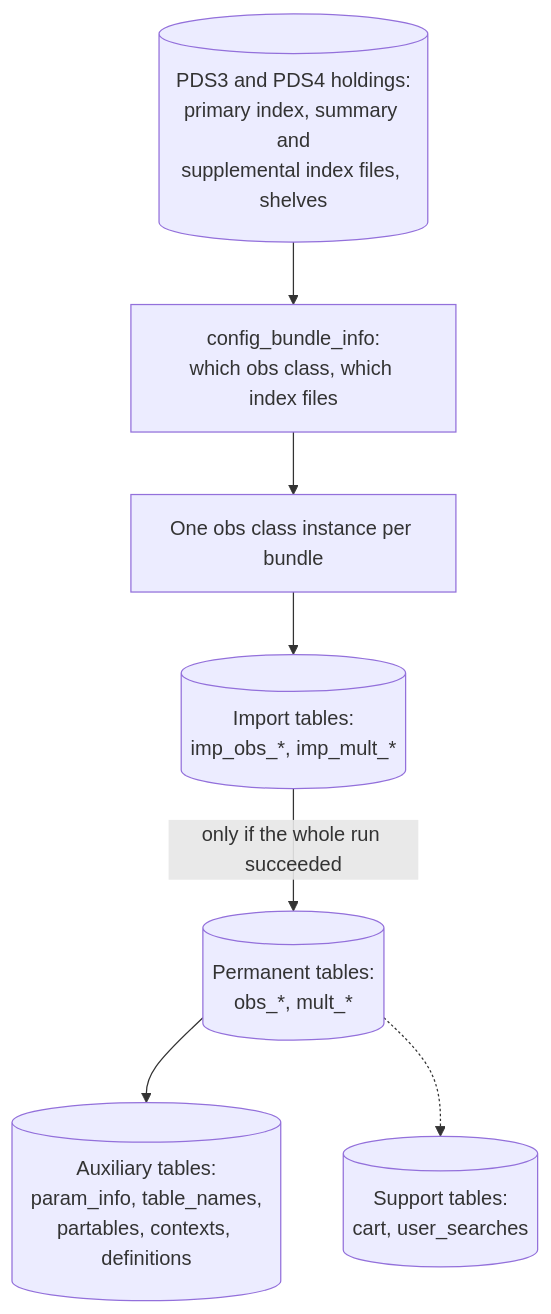
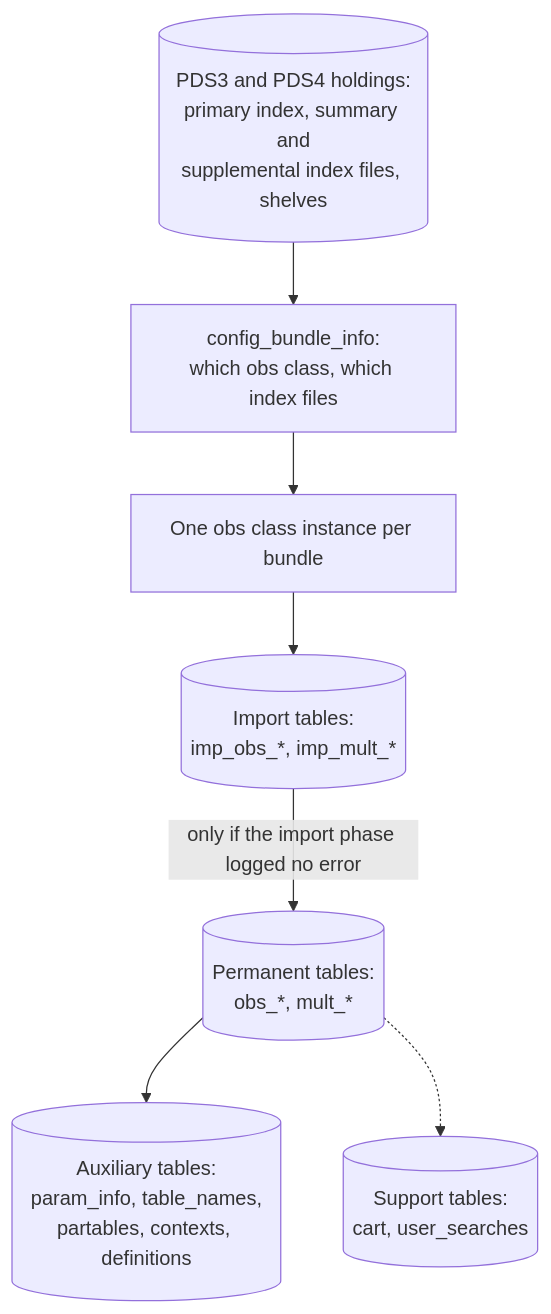
One commit to SETI/rms-opus changed the diagram in docs/dev_guide_import_overview.rst. Above: the diagram before and after it, drawn with Mermaid. The commit also changed 13 other files, not shown here.

```diff
--- a/docs/dev_guide_import_overview.rst
+++ b/docs/dev_guide_import_overview.rst
@@ -21,18 +21,18 @@
 .. mermaid::
     :zoom:
 
     flowchart TD
         H[(PDS3 and PDS4 holdings:<br/>primary index, summary and<br/>supplemental index files, shelves)]
         BI[config_bundle_info:<br/>which obs class, which index files]
         OB[One obs class instance per bundle]
         IMP[(Import tables:<br/>imp_obs_*, imp_mult_*)]
         PERM[(Permanent tables:<br/>obs_*, mult_*)]
         AUX[(Auxiliary tables:<br/>param_info, table_names,<br/>partables, contexts, definitions)]
         SUP[(Support tables:<br/>cart, user_searches)]
 
         H --> BI
         BI --> OB
         OB --> IMP
-        IMP -->|only if the whole run succeeded| PERM
+        IMP -->|only if the import phase logged no error| PERM
         PERM --> AUX
         PERM -.-> SUP
```
